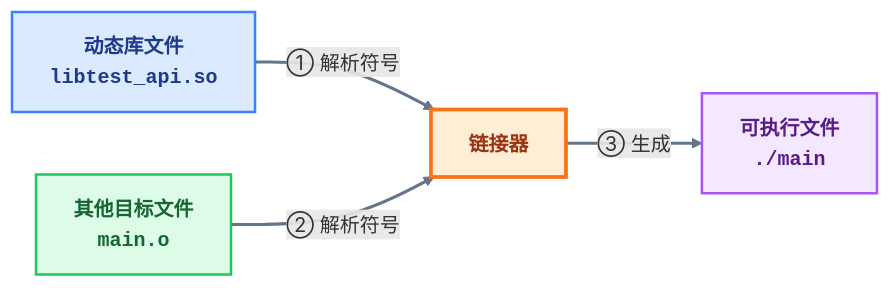
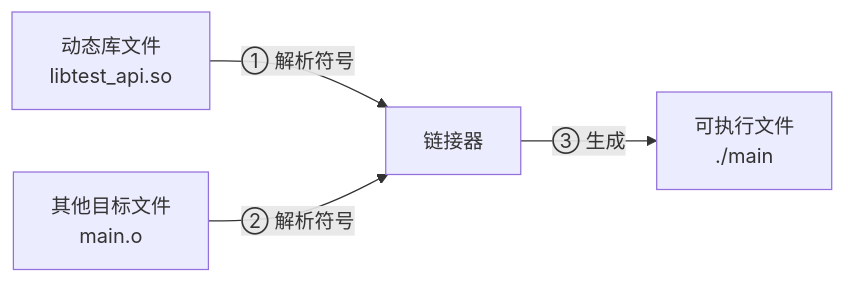
The fifth of 6 diagrams in _posts/c_c++/library/2023-02-28-dynamic library.md (dmjcb/dmjcb.github.io), drawn with Mermaid before and after one commit. The commit also changed other lines of this file and 26 other files, not shown here.

````diff
--- a/_posts/c_c++/library/2023-02-28-dynamic library.md
+++ b/_posts/c_c++/library/2023-02-28-dynamic library.md
@@ -306,23 +236,13 @@
 ```mermaid
 flowchart LR
-    %% 样式定义
-    classDef libFile fill:#dbeafe,stroke:#3b82f6,stroke-width:2px,color:#1e3a8a,font-weight:bold;
-    classDef objFile fill:#dcfce7,stroke:#22c55e,stroke-width:2px,color:#166534,font-weight:bold;
-    classDef linker fill:#ffedd5,stroke:#f97316,stroke-width:3px,color:#9a3412,font-weight:bold;
-    classDef exeFile fill:#f3e8ff,stroke:#a855f7,stroke-width:2px,color:#581c87,font-weight:bold;
-
-    %% 节点定义
-    Lib["动态库文件</b><br><code>libtest_api.so</code>"]:::libFile
-    Obj["其他目标文件</b><br><code>main.o</code>"]:::objFile
-    Linker["链接器"]:::linker
-    Exe["可执行文件</b><br><code>./main</code>"]:::exeFile
+    Lib["动态库文件<br>libtest_api.so"]
+    Obj["其他目标文件<br>main.o"]
+    Linker["链接器"]
+    Exe["可执行文件<br>./main"]
 
     %% 连线关系
-    Lib ==>|"① 解析符号"| Linker
-    Obj ==>|"② 解析符号"| Linker
-    Linker ==>|"③ 生成"| Exe
-
-    %% 连线样式统一
-    linkStyle 0,1,2 stroke:#64748b,stroke-width:2.5px;
+    Lib -->|"① 解析符号"| Linker
+    Obj -->|"② 解析符号"| Linker
+    Linker -->|"③ 生成"| Exe
 
 ```
````
